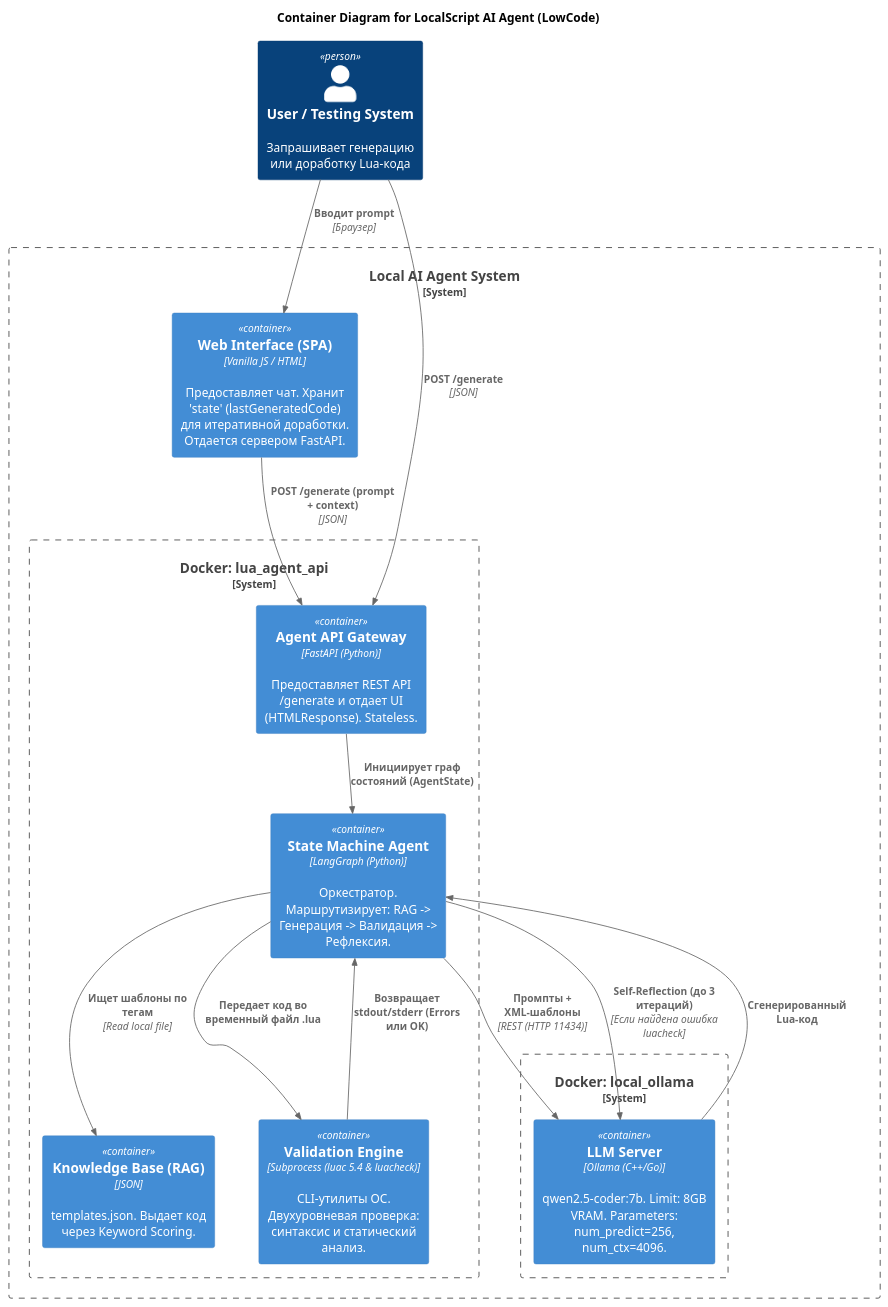
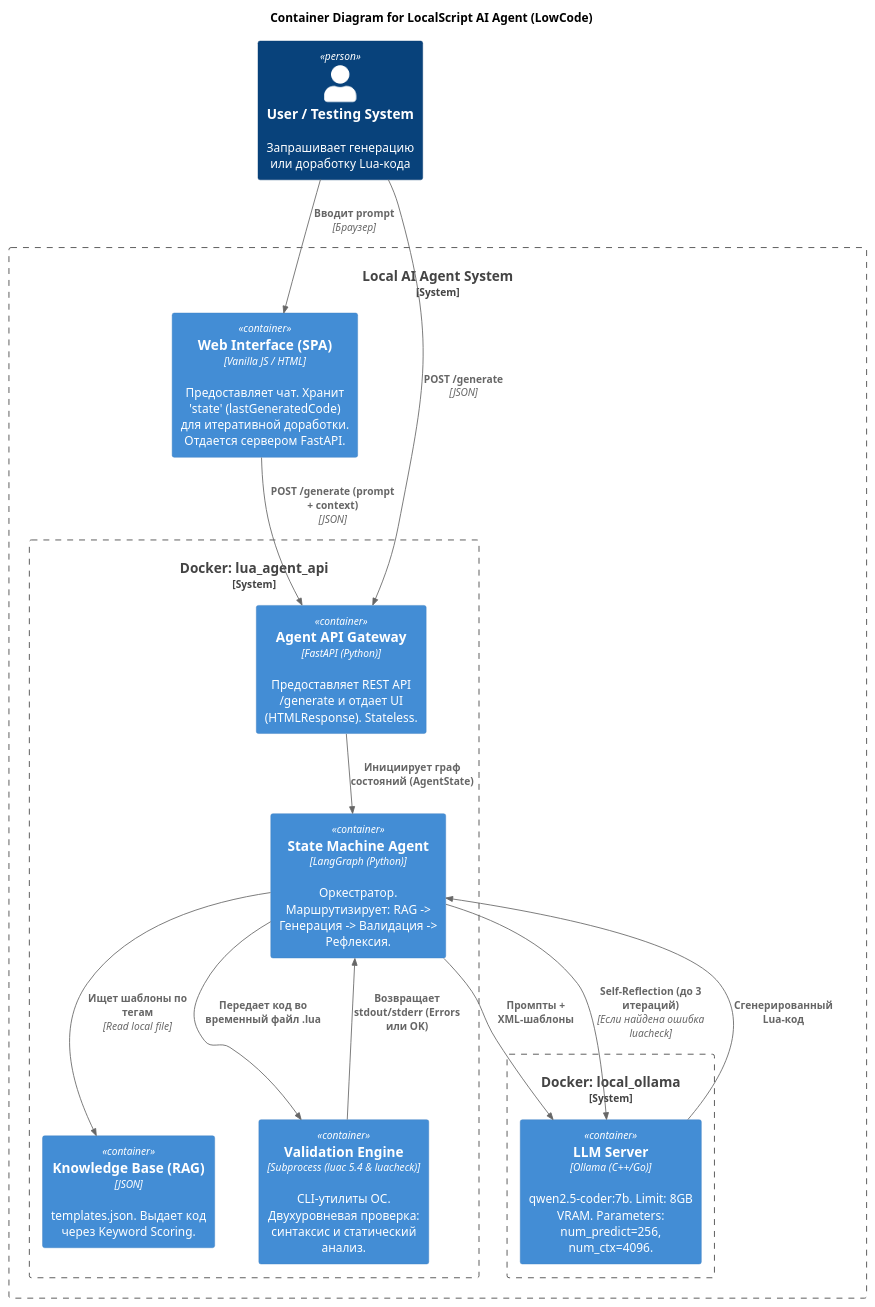
Before and after one commit to Ultramind-67/lua-ai-agent: the diagram in architecture.puml, drawn with PlantUML. The commit also changed 4 other files, not shown here.

```diff
--- a/architecture.puml
+++ b/architecture.puml
@@ -1,41 +1,41 @@
 @startuml C4_Container
 !include https://raw.githubusercontent.com/plantuml-stdlib/C4-PlantUML/master/C4_Container.puml
 
 title Container Diagram for LocalScript AI Agent (LowCode)
 
 Person(user, "User / Testing System", "Запрашивает генерацию или доработку Lua-кода")
 
 System_Boundary(system, "Local AI Agent System") {
 
     Container(ui, "Web Interface (SPA)", "Vanilla JS / HTML", "Предоставляет чат. Хранит 'state' (lastGeneratedCode) для итеративной доработки. Отдается сервером FastAPI.")
 
     System_Boundary(agent_container, "Docker: lua_agent_api") {
         Container(api, "Agent API Gateway", "FastAPI (Python)", "Предоставляет REST API /generate и отдает UI (HTMLResponse). Stateless.")
 
         Container(langgraph, "State Machine Agent", "LangGraph (Python)", "Оркестратор. Маршрутизирует: RAG -> Генерация -> Валидация -> Рефлексия.")
 
         Container(templates, "Knowledge Base (RAG)", "JSON", "templates.json. Выдает код через Keyword Scoring.")
 
         Container(linter, "Validation Engine", "Subprocess (luac 5.4 & luacheck)", "CLI-утилиты ОС. Двухуровневая проверка: синтаксис и статический анализ.")
     }
 
     System_Boundary(ollama_container, "Docker: local_ollama") {
         Container(ollama, "LLM Server", "Ollama (C++/Go)", "qwen2.5-coder:7b. Limit: 8GB VRAM. Parameters: num_predict=256, num_ctx=4096.")
     }
 }
 
 Rel(user, ui, "Вводит prompt", "Браузер")
 Rel(user, api, "POST /generate", "JSON")
 Rel(ui, api, "POST /generate (prompt + context)", "JSON")
 
 Rel(api, langgraph, "Инициирует граф состояний (AgentState)")
 Rel(langgraph, templates, "Ищет шаблоны по тегам", "Read local file")
-Rel(langgraph, ollama, "Промпты + XML-шаблоны", "REST (HTTP 11434)")
+Rel(langgraph, ollama, "Промпты + XML-шаблоны", "")
 Rel(ollama, langgraph, "Сгенерированный Lua-код")
 
 Rel(langgraph, linter, "Передает код во временный файл .lua")
 Rel(linter, langgraph, "Возвращает stdout/stderr (Errors или OK)")
 
 Rel(langgraph, ollama, "Self-Reflection (до 3 итераций)", "Если найдена ошибка luacheck")
 
 @enduml
```
